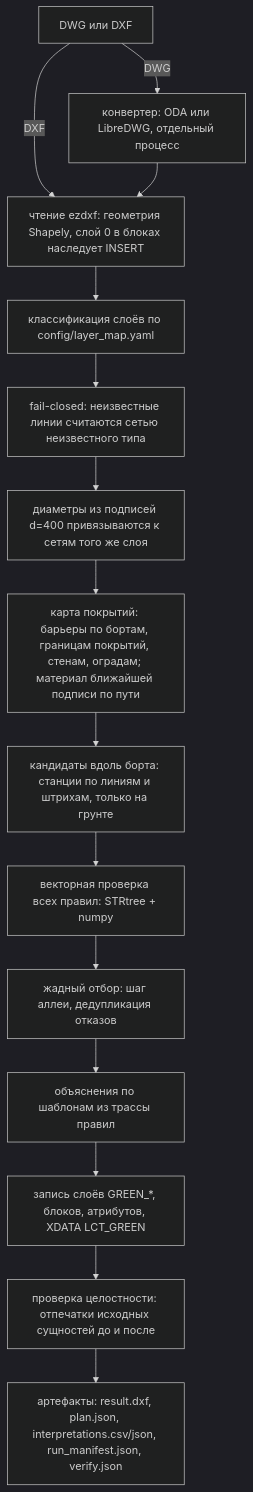
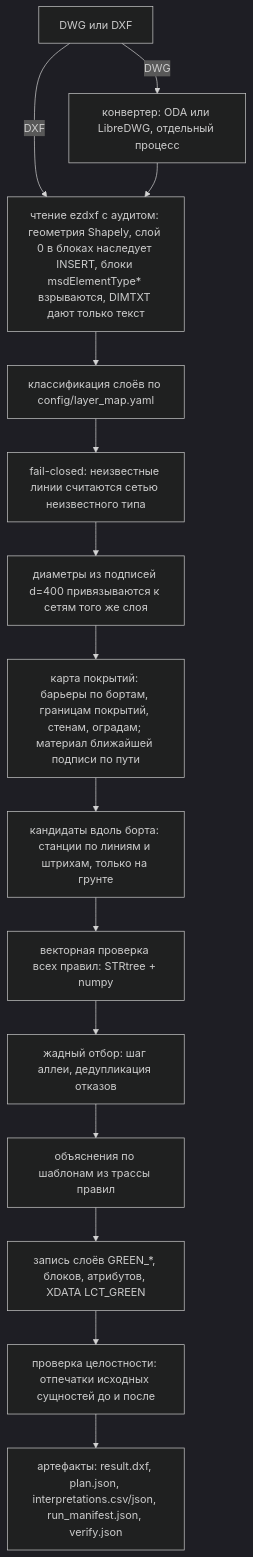
The second of 2 diagrams in docs/architecture.md (Mojarung/LCT_2026), drawn with Mermaid (dark theme) before and after one commit. The commit also changed 2 other files, not shown here.

Commit message:
docs: record Berzarina genplan findings and the test command

````diff
--- a/docs/architecture.md
+++ b/docs/architecture.md
@@ -27,17 +27,17 @@
 ```mermaid
 flowchart TD
     A[DWG или DXF] -->|DWG| B[конвертер: ODA или LibreDWG, отдельный процесс]
     A -->|DXF| C
-    B --> C[чтение ezdxf: геометрия Shapely, слой 0 в блоках наследует INSERT]
+    B --> C[чтение ezdxf с аудитом: геометрия Shapely, слой 0 в блоках наследует INSERT, блоки msdElementType* взрываются, DIMTXT дают только текст]
     C --> D[классификация слоёв по config/layer_map.yaml]
     D --> E[fail-closed: неизвестные линии считаются сетью неизвестного типа]
     E --> F[диаметры из подписей d=400 привязываются к сетям того же слоя]
     F --> S[карта покрытий: барьеры по бортам, границам покрытий, стенам, оградам; материал ближайшей подписи по пути]
     S --> G[кандидаты вдоль борта: станции по линиям и штрихам, только на грунте]
     G --> H[векторная проверка всех правил: STRtree + numpy]
     H --> I[жадный отбор: шаг аллеи, дедупликация отказов]
     I --> J[объяснения по шаблонам из трассы правил]
     J --> K[запись слоёв GREEN_*, блоков, атрибутов, XDATA LCT_GREEN]
     K --> L[проверка целостности: отпечатки исходных сущностей до и после]
     L --> M[артефакты: result.dxf, plan.json, interpretations.csv/json, run_manifest.json, verify.json]
 ```
````
